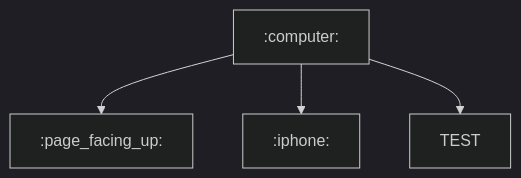
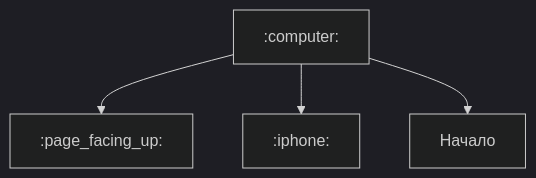
The first of 16 diagrams in Docs/Scenario-Multisig.md (BlockchainCommons/SmartCustody), drawn with Mermaid (dark theme) before and after one commit.

````diff
--- a/Docs/Scenario-Multisig.md
+++ b/Docs/Scenario-Multisig.md
@@ -18,10 +18,10 @@
 ```mermaid
     graph TD;
     A[:computer:]
     B[:page_facing_up:]
     C[:iphone:]
-    D[TEST]
+    D[Начало]
     A-->B;
     A-->C;
     A-->D;
 ```
````
